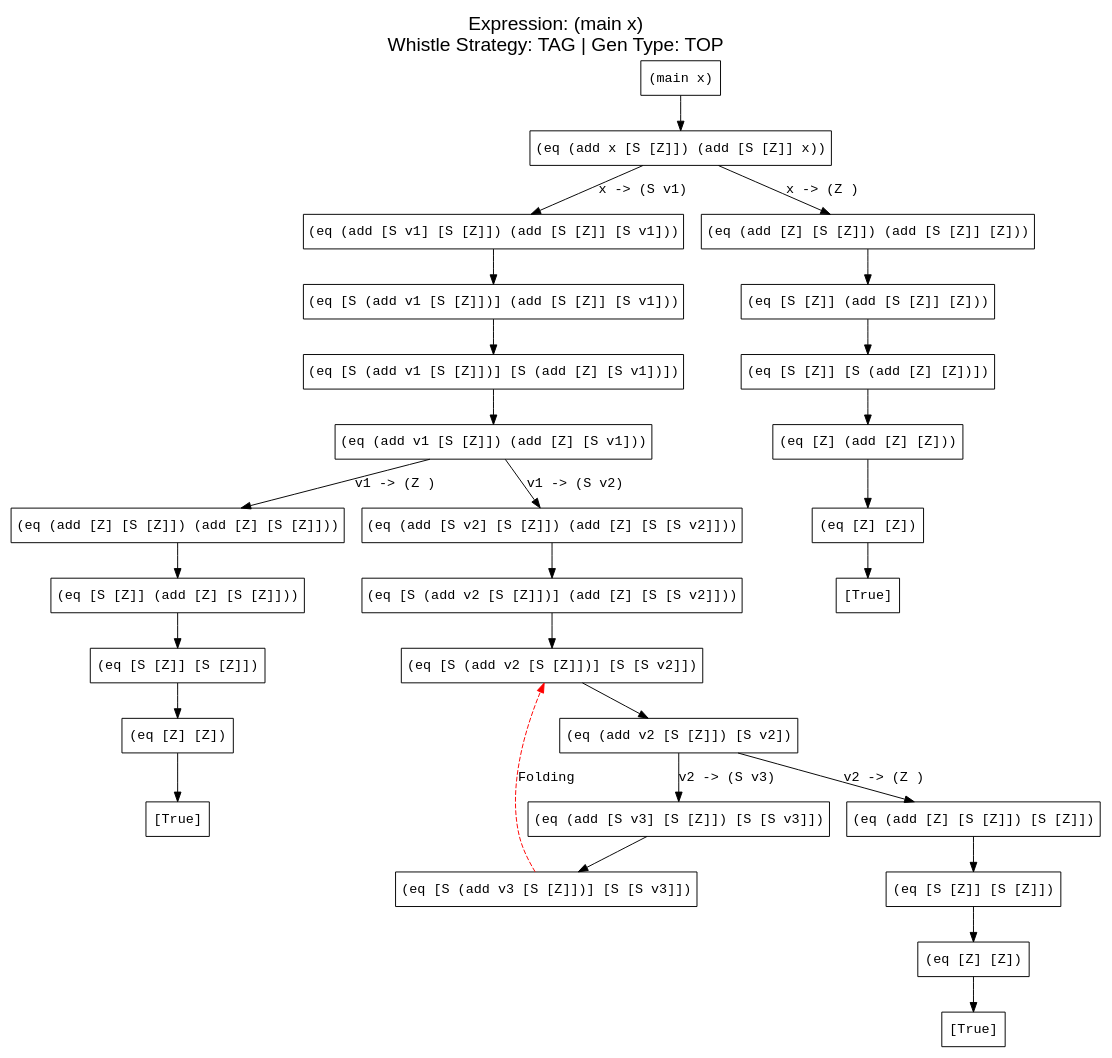
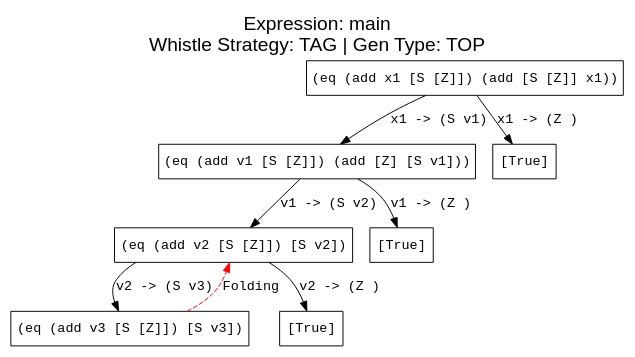
One commit to makezh/coursework_supercompiler changed the diagram in output/commute/tag.dot. Above: the diagram before and after it, drawn with Graphviz. The commit also changed 38 other files, not shown here.

```diff
--- a/output/commute/tag.dot
+++ b/output/commute/tag.dot
@@ -1,63 +1,23 @@
 digraph ProcessTree {
-  label="Expression: (main x)\nWhistle Strategy: TAG | Gen Type: TOP";
+  label="Expression: main\nWhistle Strategy: TAG | Gen Type: TOP";
   labelloc="t";
   fontsize=20;
   fontname="Arial";
 
     node [fontname="Courier New"];
     edge [fontname="Courier New"];
-    n0 [label="(main x)", shape=box];
-    n0 -> n1 [label=""];
-    n1 [label="(eq (add x [S [Z]]) (add [S [Z]] x))", shape=box];
-    n1 -> n2 [label="x -> (S v1)"];
-    n1 -> n3 [label="x -> (Z )"];
-    n2 [label="(eq (add [S v1] [S [Z]]) (add [S [Z]] [S v1]))", shape=box];
-    n2 -> n4 [label=""];
-    n3 [label="(eq (add [Z] [S [Z]]) (add [S [Z]] [Z]))", shape=box];
-    n3 -> n5 [label=""];
-    n4 [label="(eq [S (add v1 [S [Z]])] (add [S [Z]] [S v1]))", shape=box];
-    n4 -> n6 [label=""];
-    n5 [label="(eq [S [Z]] (add [S [Z]] [Z]))", shape=box];
-    n5 -> n7 [label=""];
-    n6 [label="(eq [S (add v1 [S [Z]])] [S (add [Z] [S v1])])", shape=box];
-    n6 -> n8 [label=""];
-    n7 [label="(eq [S [Z]] [S (add [Z] [Z])])", shape=box];
-    n7 -> n9 [label=""];
-    n8 [label="(eq (add v1 [S [Z]]) (add [Z] [S v1]))", shape=box];
-    n8 -> n10 [label="v1 -> (S v2)"];
-    n8 -> n11 [label="v1 -> (Z )"];
-    n9 [label="(eq [Z] (add [Z] [Z]))", shape=box];
-    n9 -> n12 [label=""];
-    n10 [label="(eq (add [S v2] [S [Z]]) (add [Z] [S [S v2]]))", shape=box];
-    n10 -> n13 [label=""];
-    n11 [label="(eq (add [Z] [S [Z]]) (add [Z] [S [Z]]))", shape=box];
-    n11 -> n14 [label=""];
-    n12 [label="(eq [Z] [Z])", shape=box];
-    n12 -> n15 [label=""];
-    n13 [label="(eq [S (add v2 [S [Z]])] (add [Z] [S [S v2]]))", shape=box];
-    n13 -> n16 [label=""];
-    n14 [label="(eq [S [Z]] (add [Z] [S [Z]]))", shape=box];
-    n14 -> n17 [label=""];
-    n15 [label="[True]", shape=box];
-    n16 [label="(eq [S (add v2 [S [Z]])] [S [S v2]])", shape=box];
-    n16 -> n18 [label=""];
-    n17 [label="(eq [S [Z]] [S [Z]])", shape=box];
-    n17 -> n19 [label=""];
-    n18 [label="(eq (add v2 [S [Z]]) [S v2])", shape=box];
-    n18 -> n20 [label="v2 -> (S v3)"];
-    n18 -> n21 [label="v2 -> (Z )"];
-    n19 [label="(eq [Z] [Z])", shape=box];
-    n19 -> n22 [label=""];
-    n20 [label="(eq (add [S v3] [S [Z]]) [S [S v3]])", shape=box];
-    n20 -> n23 [label=""];
-    n21 [label="(eq (add [Z] [S [Z]]) [S [Z]])", shape=box];
-    n21 -> n24 [label=""];
-    n22 [label="[True]", shape=box];
-    n23 [label="(eq [S (add v3 [S [Z]])] [S [S v3]])", shape=box];
-    n23 -> n16 [style=dashed, color=red, label="Folding"];
-    n24 [label="(eq [S [Z]] [S [Z]])", shape=box];
-    n24 -> n25 [label=""];
-    n25 [label="(eq [Z] [Z])", shape=box];
-    n25 -> n26 [label=""];
-    n26 [label="[True]", shape=box];
+    n0 [label="(eq (add x1 [S [Z]]) (add [S [Z]] x1))", shape=box];
+    n0 -> n1 [label="x1 -> (S v1)"];
+    n0 -> n2 [label="x1 -> (Z )"];
+    n1 [label="(eq (add v1 [S [Z]]) (add [Z] [S v1]))", shape=box];
+    n1 -> n3 [label="v1 -> (S v2)"];
+    n1 -> n4 [label="v1 -> (Z )"];
+    n2 [label="[True]", shape=box];
+    n3 [label="(eq (add v2 [S [Z]]) [S v2])", shape=box];
+    n3 -> n5 [label="v2 -> (S v3)"];
+    n3 -> n6 [label="v2 -> (Z )"];
+    n4 [label="[True]", shape=box];
+    n5 [label="(eq (add v3 [S [Z]]) [S v3])", shape=box];
+    n5 -> n3 [style=dashed, color=red, label="Folding"];
+    n6 [label="[True]", shape=box];
 }
```
